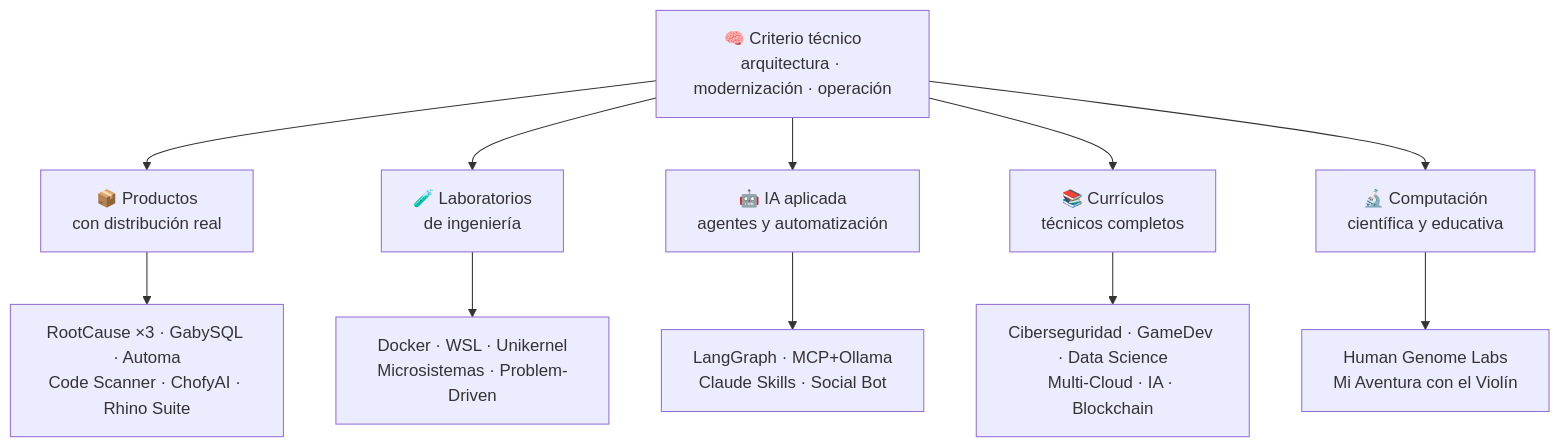
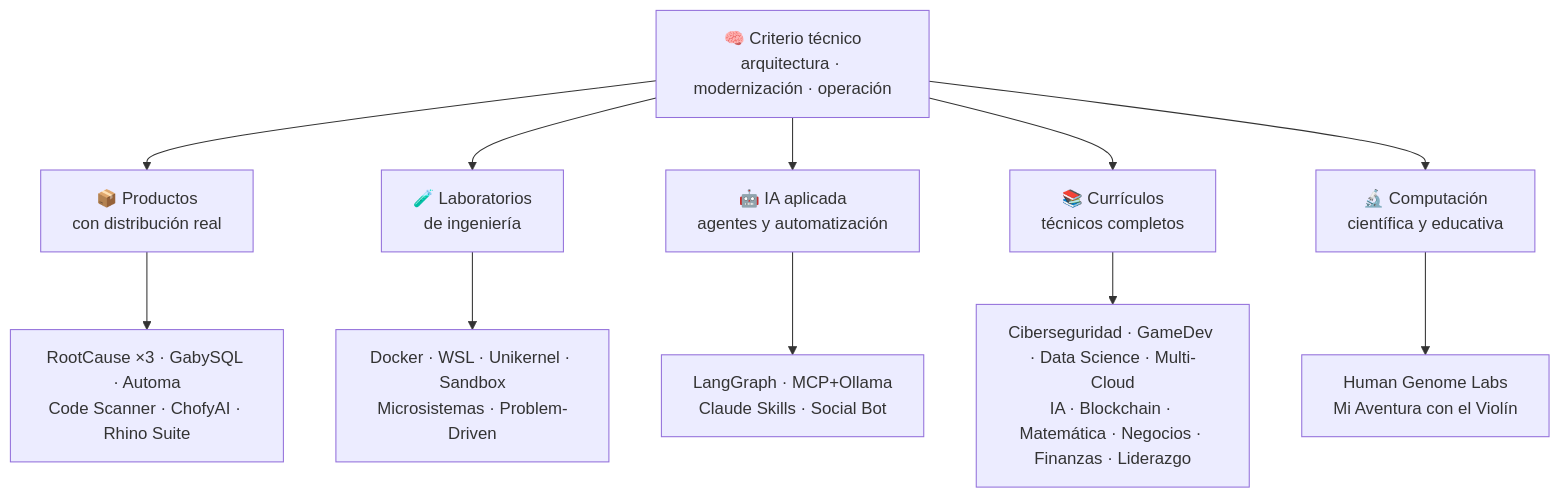
One commit to vladimiracunadev-create/vladimiracunadev-create changed the diagram in README.md. Above: the diagram before and after it, drawn with Mermaid. The commit also changed other lines of this file, not shown here.

````diff
--- a/README.md
+++ b/README.md
@@ -70,14 +70,14 @@
 ```mermaid
 flowchart TD
     A["🧠 Criterio técnico<br/>arquitectura · modernización · operación"] --> B["📦 Productos<br/>con distribución real"]
     A --> C["🧪 Laboratorios<br/>de ingeniería"]
     A --> D["🤖 IA aplicada<br/>agentes y automatización"]
     A --> E["📚 Currículos<br/>técnicos completos"]
     A --> F["🔬 Computación<br/>científica y educativa"]
 
     B --> B1["RootCause ×3 · GabySQL · Automa<br/>Code Scanner · ChofyAI · Rhino Suite"]
-    C --> C1["Docker · WSL · Unikernel<br/>Microsistemas · Problem-Driven"]
+    C --> C1["Docker · WSL · Unikernel · Sandbox<br/>Microsistemas · Problem-Driven"]
     D --> D1["LangGraph · MCP+Ollama<br/>Claude Skills · Social Bot"]
-    E --> E1["Ciberseguridad · GameDev · Data Science<br/>Multi-Cloud · IA · Blockchain"]
+    E --> E1["Ciberseguridad · GameDev · Data Science · Multi-Cloud<br/>IA · Blockchain · Matemática · Negocios · Finanzas · Liderazgo"]
     F --> F1["Human Genome Labs<br/>Mi Aventura con el Violín"]
 ```
````
